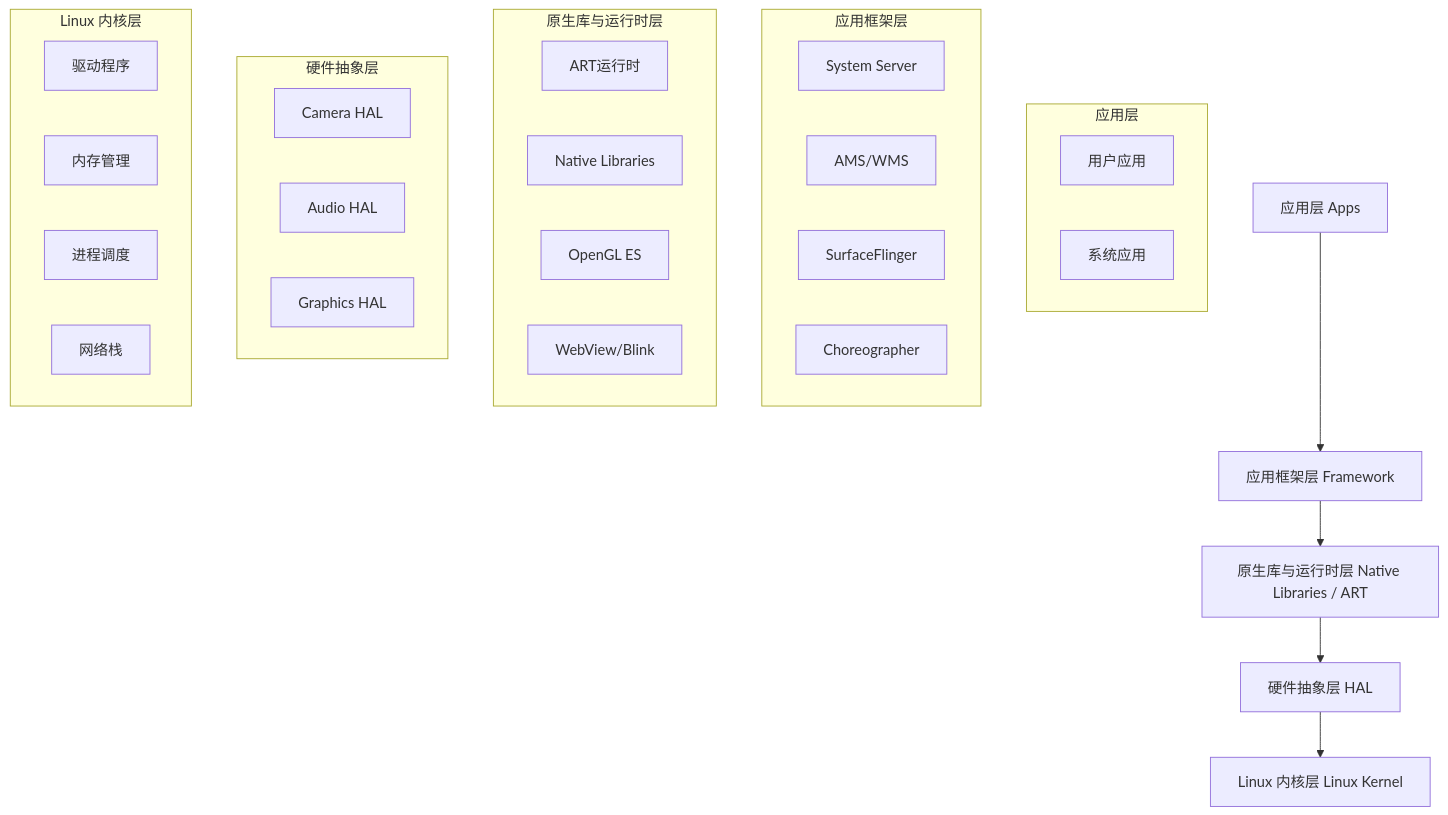
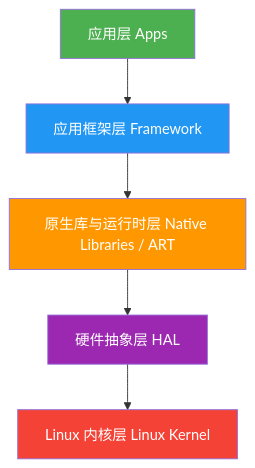
The diagram in src/part1-fundamentals/ch01-architecture/01-layered-architecture.md (Gracker/android-internals-wiki), drawn with Mermaid before and after one commit. The commit also changed other lines of this file and 6 other files, not shown here.

````diff
--- a/src/part1-fundamentals/ch01-architecture/01-layered-architecture.md
+++ b/src/part1-fundamentals/ch01-architecture/01-layered-architecture.md
@@ -66,39 +69,13 @@
 ```mermaid
 graph TB
     A[应用层 Apps] --> B[应用框架层 Framework]
     B --> C[原生库与运行时层 Native Libraries / ART]
     C --> D[硬件抽象层 HAL]
     D --> E[Linux 内核层 Linux Kernel]
     
-    subgraph "应用层"
-        A1[用户应用]
-        A2[系统应用]
-    end
-    
-    subgraph "应用框架层"
-        B1[System Server]
-        B2[AMS/WMS]
-        B3[SurfaceFlinger]
-        B4[Choreographer]
-    end
-    
-    subgraph "原生库与运行时层"
-        C1[ART运行时]
-        C2[Native Libraries]
-        C3[OpenGL ES]
-        C4[WebView/Blink]
-    end
-    
-    subgraph "硬件抽象层"
-        D1[Camera HAL]
-        D2[Audio HAL]
-        D3[Graphics HAL]
-    end
-    
-    subgraph "Linux 内核层"
-        E1[驱动程序]
-        E2[内存管理]
-        E3[进程调度]
-        E4[网络栈]
-    end
+    style A fill:#4CAF50,color:#fff
+    style B fill:#2196F3,color:#fff
+    style C fill:#FF9800,color:#fff
+    style D fill:#9C27B0,color:#fff
+    style E fill:#F44336,color:#fff
 ```
````
